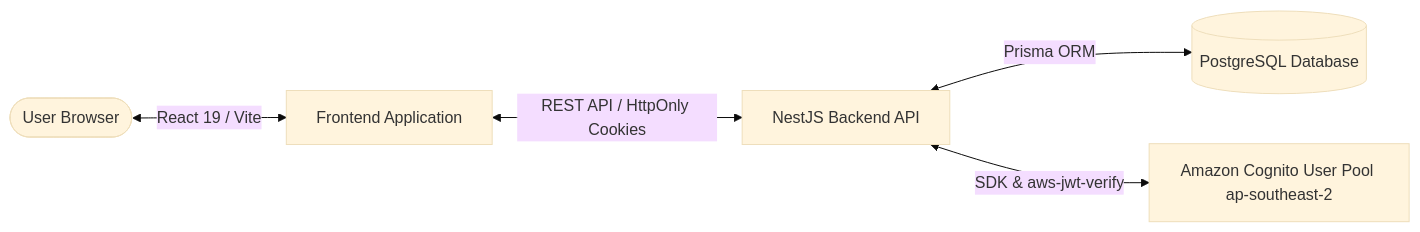
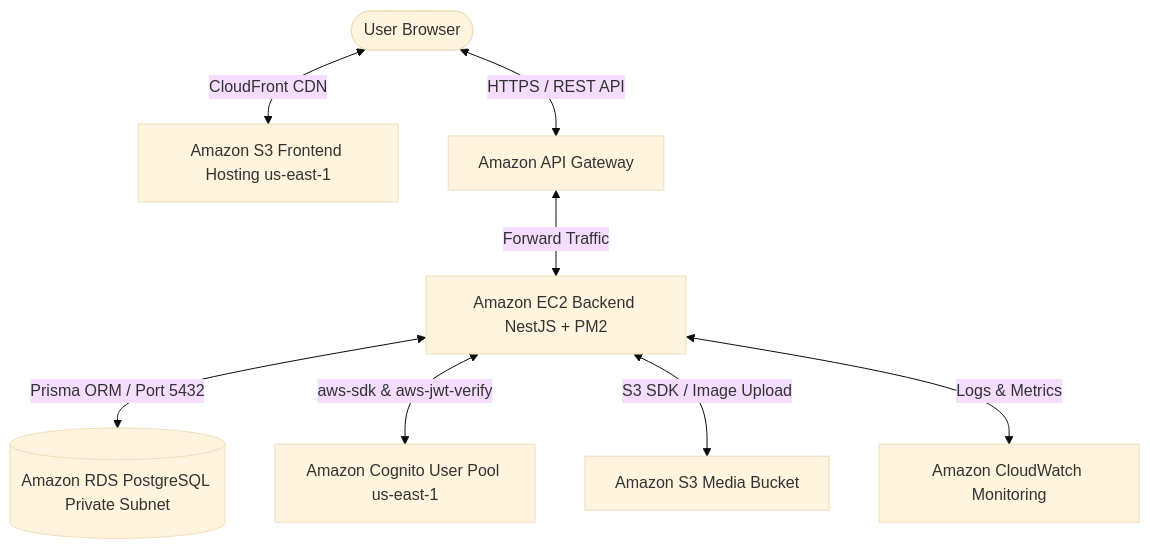
Before and after one commit to KelvinPhans/fcj-workshop: the diagram in content/5-Workshop/5.1-Workshop-overview/_index.md, drawn with Mermaid (base theme). The commit also changed other lines of this file and 65 other files, not shown here.

````diff
--- a/content/5-Workshop/5.1-Workshop-overview/_index.md
+++ b/content/5-Workshop/5.1-Workshop-overview/_index.md
@@ -16,7 +16,10 @@
 ```mermaid
-graph LR
-    User([User Browser]) <-->|React 19 / Vite| FE[Frontend Application]
-    FE <-->|REST API / HttpOnly Cookies| BE[NestJS Backend API]
-    BE <-->|Prisma ORM| DB[(PostgreSQL Database)]
-    BE <-->|SDK & aws-jwt-verify| Cognito[Amazon Cognito User Pool ap-southeast-2]
+graph TD
+    User([User Browser]) <-->|CloudFront CDN| S3_FE[Amazon S3 Frontend Hosting us-east-1]
+    User <-->|HTTPS / REST API| APIGW[Amazon API Gateway]
+    APIGW <-->|Forward Traffic| EC2[Amazon EC2 Backend NestJS + PM2]
+    EC2 <-->|Prisma ORM / Port 5432| RDS[(Amazon RDS PostgreSQL Private Subnet)]
+    EC2 <-->|aws-sdk & aws-jwt-verify| Cognito[Amazon Cognito User Pool us-east-1]
+    EC2 <-->|S3 SDK / Image Upload| S3_Storage[Amazon S3 Media Bucket]
+    EC2 <-->|Logs & Metrics| CloudWatch[Amazon CloudWatch Monitoring]
 ```
````
